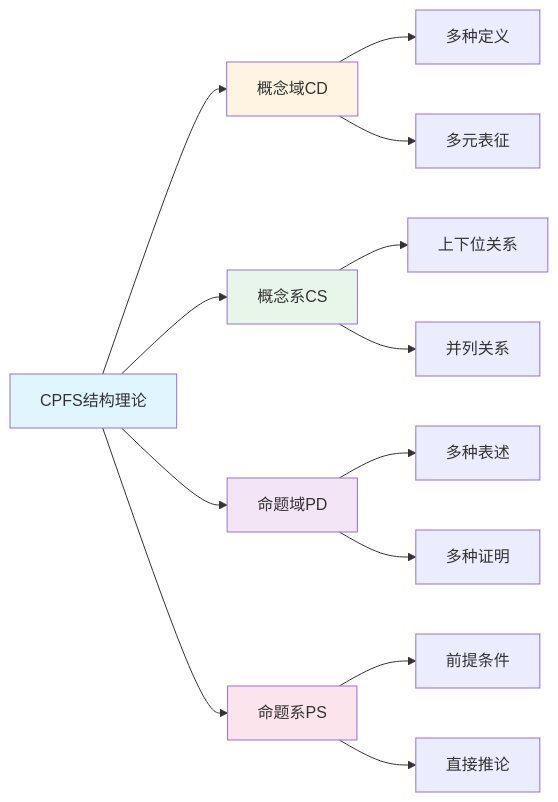
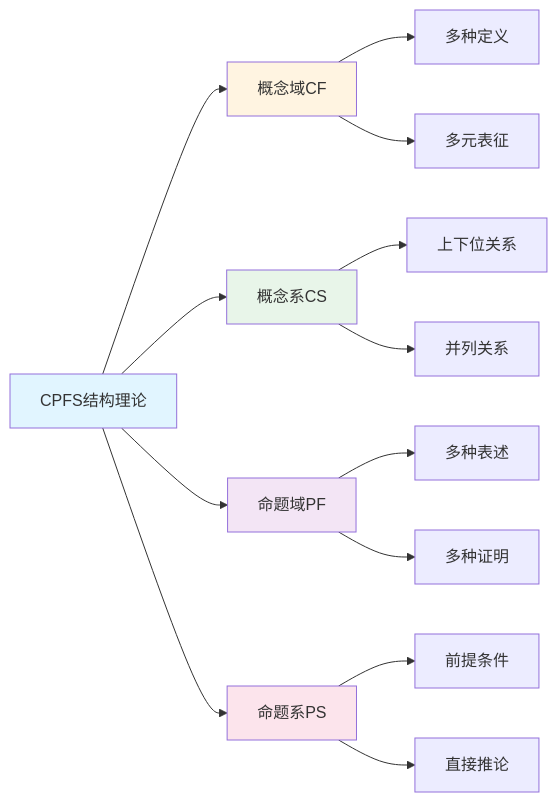
Before and after one commit to AdaMartin18010/FormalMath: the second of 2 diagrams in research/01-数学认知/认知过程/01-CPFS结构理论.md, drawn with Mermaid. The commit also changed other lines of this file and 121 other files, not shown here.

````diff
--- a/research/01-数学认知/认知过程/01-CPFS结构理论.md
+++ b/research/01-数学认知/认知过程/01-CPFS结构理论.md
@@ -718,22 +774,22 @@
 ```mermaid
 graph LR
-    A[CPFS结构理论] --> B[概念域CD]
+    A[CPFS结构理论] --> B[概念域CF]
     A --> C[概念系CS]
-    A --> D[命题域PD]
+    A --> D[命题域PF]
     A --> E[命题系PS]
 
     B --> B1[多种定义]
     B --> B2[多元表征]
     C --> C1[上下位关系]
     C --> C2[并列关系]
     D --> D1[多种表述]
     D --> D2[多种证明]
     E --> E1[前提条件]
     E --> E2[直接推论]
 
     style A fill:#e1f5ff
     style B fill:#fff4e1
     style C fill:#e8f5e9
     style D fill:#f3e5f5
     style E fill:#fce4ec
 ```
````
